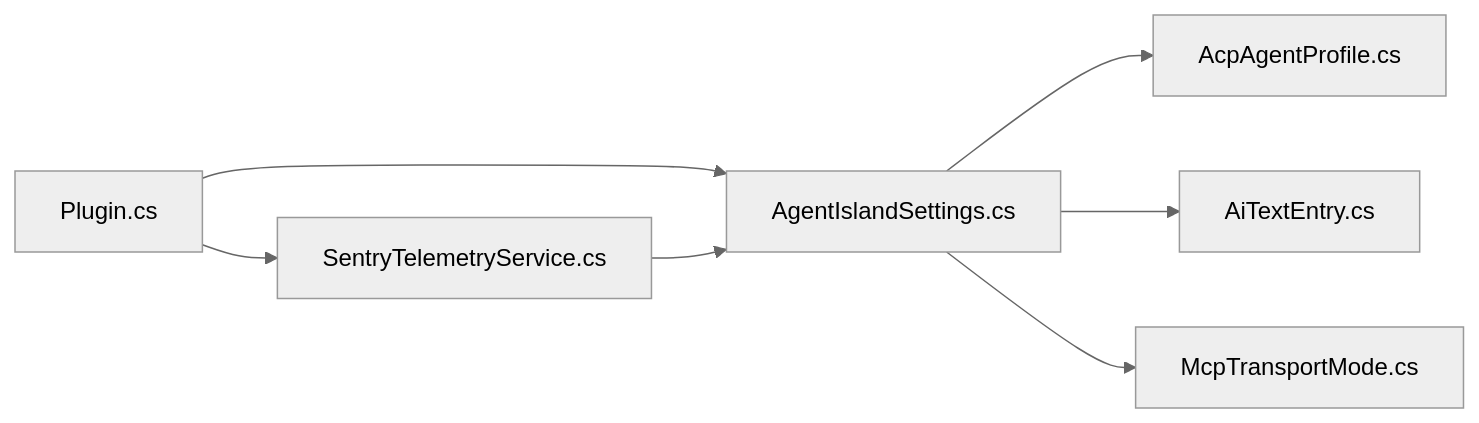
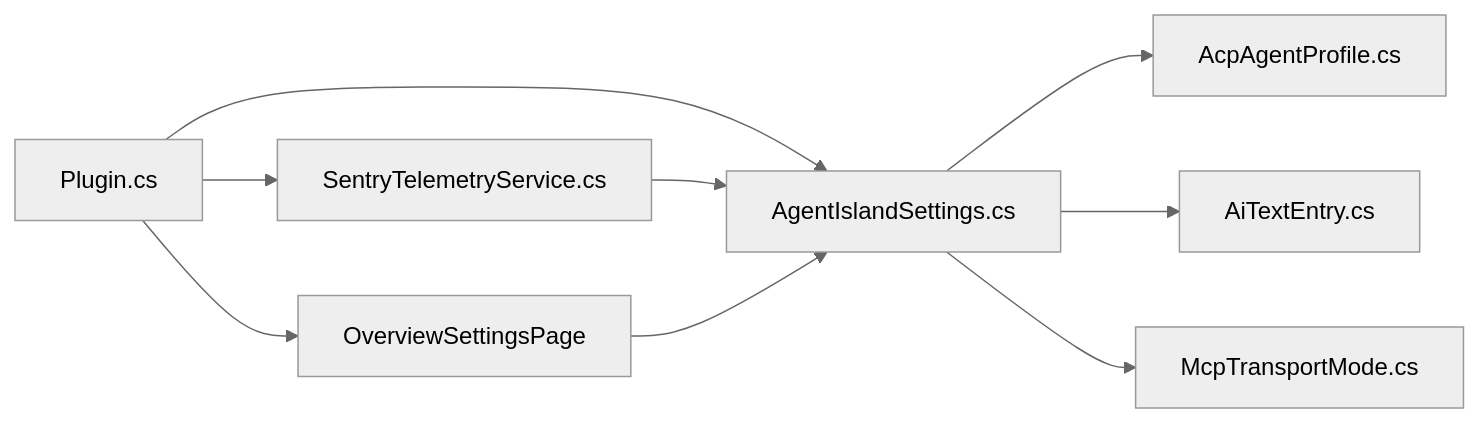
One commit to ShihaoShenDev/AgentIsland changed the eighth of 8 diagrams in .qoder/repowiki/zh/content/UI 组件系统/设置页面/设置页面.md. Above: the diagram before and after it, drawn with Mermaid (neutral theme). The commit also changed other lines of this file and 54 other files, not shown here.

Commit message:
docs: restructure repowiki docs, add overview/settings pages, refresh telemetry docs and build scripts

````diff
--- a/.qoder/repowiki/zh/content/UI 组件系统/设置页面/设置页面.md
+++ b/.qoder/repowiki/zh/content/UI 组件系统/设置页面/设置页面.md
@@ -328,9 +387,11 @@
 ```mermaid
 graph LR
 Plugin["Plugin.cs"] --> Settings["AgentIslandSettings.cs"]
 Plugin --> Sentry["SentryTelemetryService.cs"]
+Plugin --> Overview["OverviewSettingsPage"]
 Settings --> Agent["AcpAgentProfile.cs"]
 Settings --> Entry["AiTextEntry.cs"]
 Settings --> Mode["McpTransportMode.cs"]
 Sentry --> Settings
+Overview --> Settings
 ```
````
